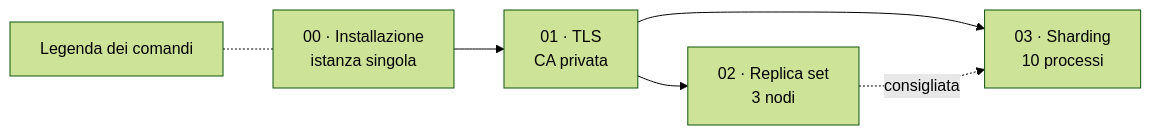
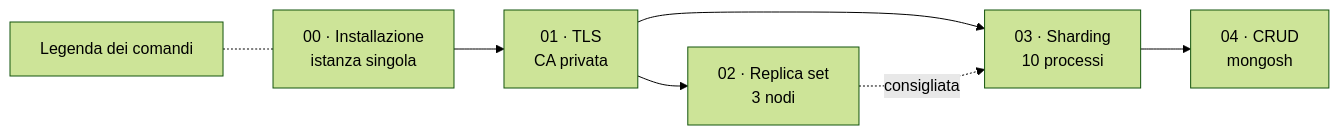
One commit to lucacacciamani/mongo-db changed the diagram in README.md. Above: the diagram before and after it, drawn with Mermaid (forest theme). The commit also changed other lines of this file and 6 other files, not shown here.

````diff
--- a/README.md
+++ b/README.md
@@ -46,8 +61,9 @@
 ```mermaid
 flowchart LR
     G00["00 · Installazione<br/>istanza singola"] --> G01["01 · TLS<br/>CA privata"]
     G01 --> G02["02 · Replica set<br/>3 nodi"]
     G01 --> G03["03 · Sharding<br/>10 processi"]
     G02 -. "consigliata" .-> G03
+    G03 --> G04["04 · CRUD<br/>mongosh"]
     LEG["Legenda dei comandi"] -.- G00
 ```
````
